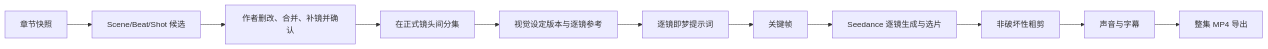
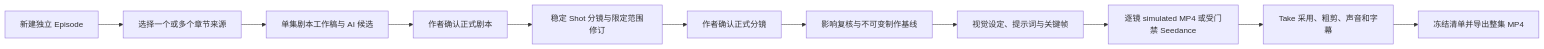
One commit to chimeiwang/Smart-Novel-Gen-nie changed the third of 3 diagrams in docs/requirements/00-overview.md. Above: the diagram before and after it, drawn with Mermaid. The commit also changed other lines of this file and 579 other files, not shown here.

```diff
--- a/docs/requirements/00-overview.md
+++ b/docs/requirements/00-overview.md
@@ -191,13 +193,13 @@
 ~~~mermaid
 flowchart LR
-    A[章节快照] --> B[Scene/Beat/Shot 候选]
-    B --> C[作者删改、合并、补镜并确认]
-    C --> D[在正式镜头间分集]
-    D --> E[视觉设定版本与逐镜参考]
-    E --> F[逐镜即梦提示词]
-    F --> G[关键帧]
-    G --> H[Seedance 逐镜生成与选片]
-    H --> I[非破坏性粗剪]
-    I --> J[声音与字幕]
-    J --> K[整集 MP4 导出]
+    A[新建独立 Episode] --> B[选择一个或多个章节来源]
+    B --> C[单集剧本工作稿与 AI 候选]
+    C --> D[作者确认正式剧本]
+    D --> E[稳定 Shot 分镜与限定范围修订]
+    E --> F[作者确认正式分镜]
+    F --> G[影响复核与不可变制作基线]
+    G --> H[视觉设定、提示词与关键帧]
+    H --> I[逐镜 simulated MP4 或受门禁 Seedance]
+    I --> J[Take 采用、粗剪、声音和字幕]
+    J --> K[冻结清单并导出整集 MP4]
 ~~~
```
